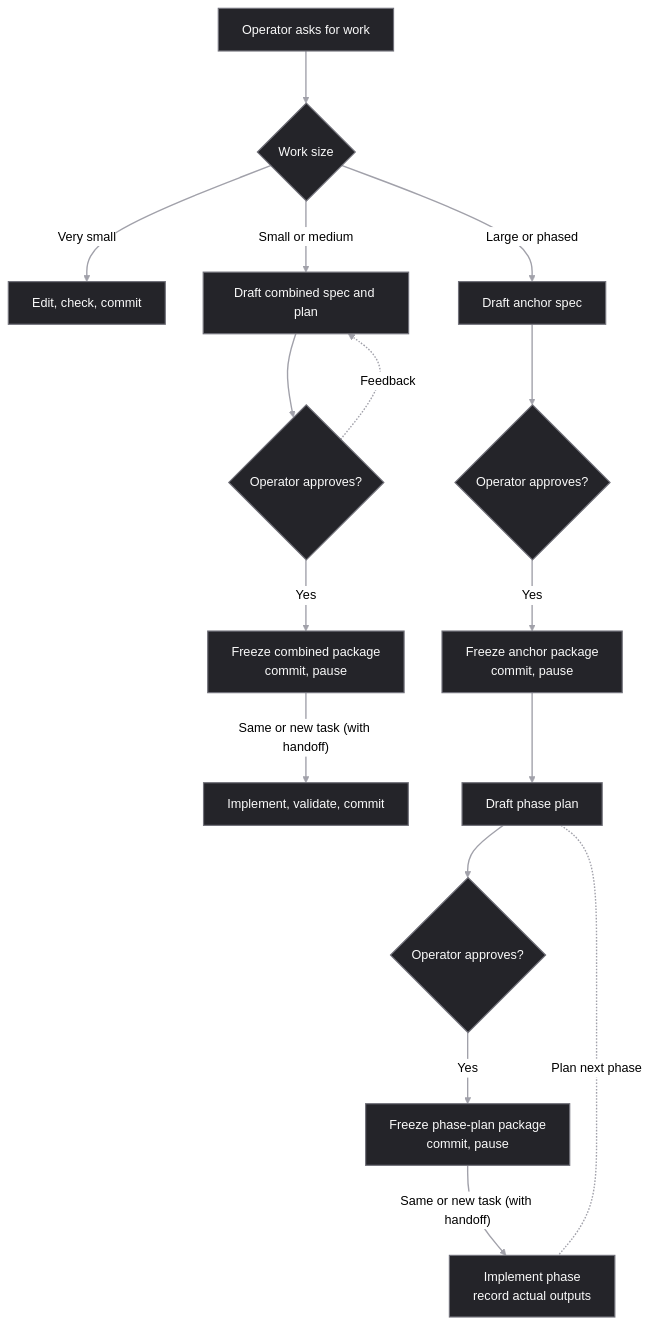
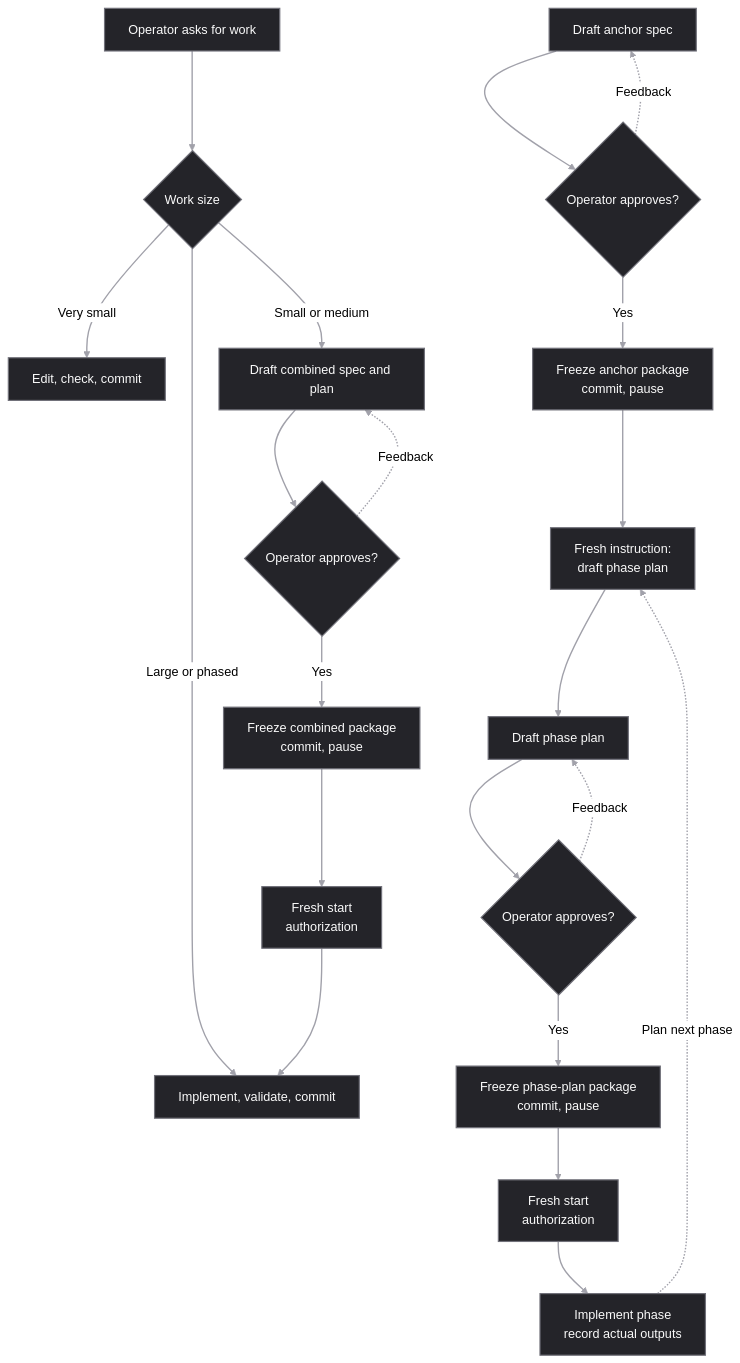
The diagram in README.md (itxyzzz/dev-doc-harness), drawn with Mermaid (neutral theme) before and after one commit. The commit also changed other lines of this file and 2 other files, not shown here.

````diff
--- a/README.md
+++ b/README.md
@@ -31,31 +31,36 @@
 ```mermaid
 %%{init: {
   "flowchart": {
     "curve": "basis",
     "nodeSpacing": 48,
     "rankSpacing": 66
   }
 }}%%
 
 flowchart TD
     A["Operator asks for work"]:::house --> B{"Work size"}:::house
     B -->|"Very small"| C["Edit, check, commit"]:::house
     B -->|"Small or medium"| D["Draft combined spec and plan"]:::house
     B -->|"Large or phased"| H["Draft anchor spec"]:::house
 
     D --> E{"Operator approves?"}:::house
     E -.->|"Feedback"| D
     E -->|"Yes"| F["Freeze combined package<br/>commit, pause"]:::house
-    F -->|"Same or new task (with handoff)"| G["Implement, validate, commit"]:::house
+    F --> G["Fresh start<br/>authorization"]:::house
+    G --> H["Implement, validate, commit"]:::house
 
-    H --> I{"Operator approves?"}:::house
-    I -->|"Yes"| J["Freeze anchor package<br/>commit, pause"]:::house
-    J --> K["Draft phase plan"]:::house
-    K --> L{"Operator approves?"}:::house
-    L -->|"Yes"| M["Freeze phase-plan package<br/>commit, pause"]:::house
-    M -->|"Same or new task (with handoff)"| N["Implement phase<br/>record actual outputs"]:::house
-    K <-.-|"Plan next phase"| N
+    I["Draft anchor spec"]:::house --> J{"Operator approves?"}:::house
+    J -.->|"Feedback"| I
+    J -->|"Yes"| K["Freeze anchor package<br/>commit, pause"]:::house
+    K --> L["Fresh instruction:<br/>draft phase plan"]:::house
+    L --> M["Draft phase plan"]:::house
+    M --> N{"Operator approves?"}:::house
+    N -.->|"Feedback"| M
+    N -->|"Yes"| O["Freeze phase-plan package<br/>commit, pause"]:::house
+    O --> P["Fresh start<br/>authorization"]:::house
+    P --> Q["Implement phase<br/>record actual outputs"]:::house
+    Q -.->|"Plan next phase"| L
 
     classDef house fill:#242429,stroke:#71717a,stroke-width:1.5px,color:#fafafa
     linkStyle default stroke:#a1a1aa,stroke-width:1.75px
 ```
````
